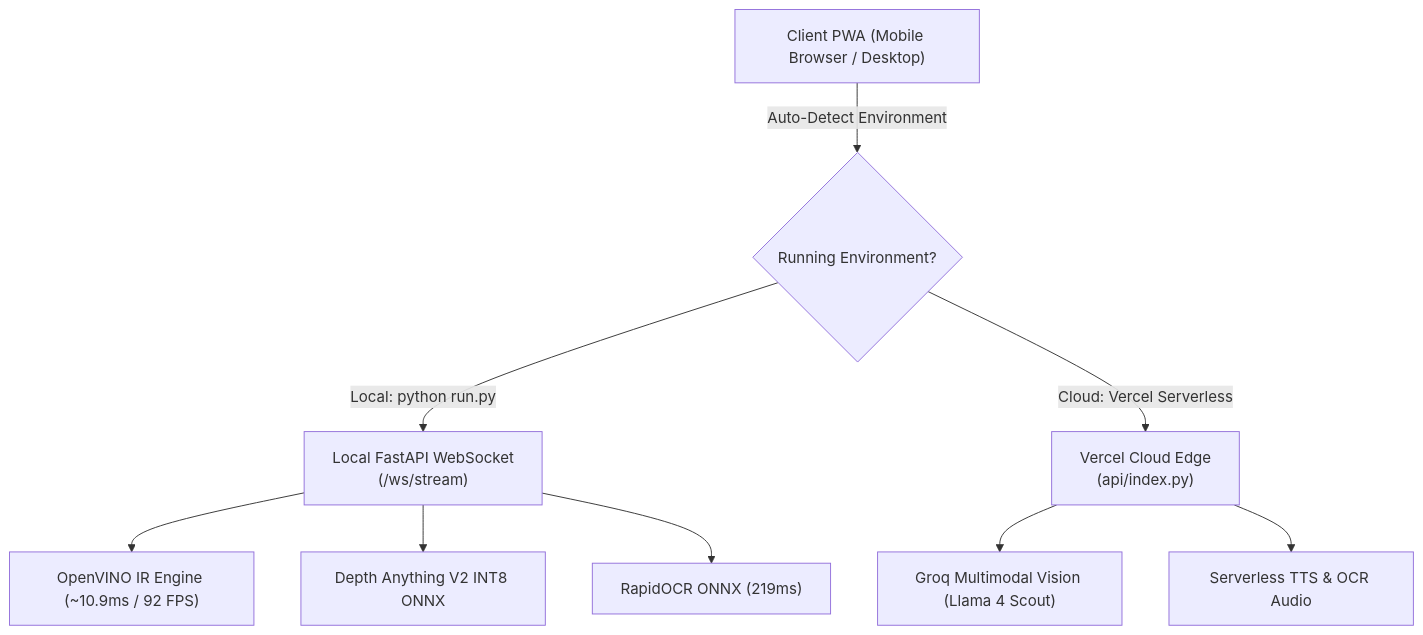
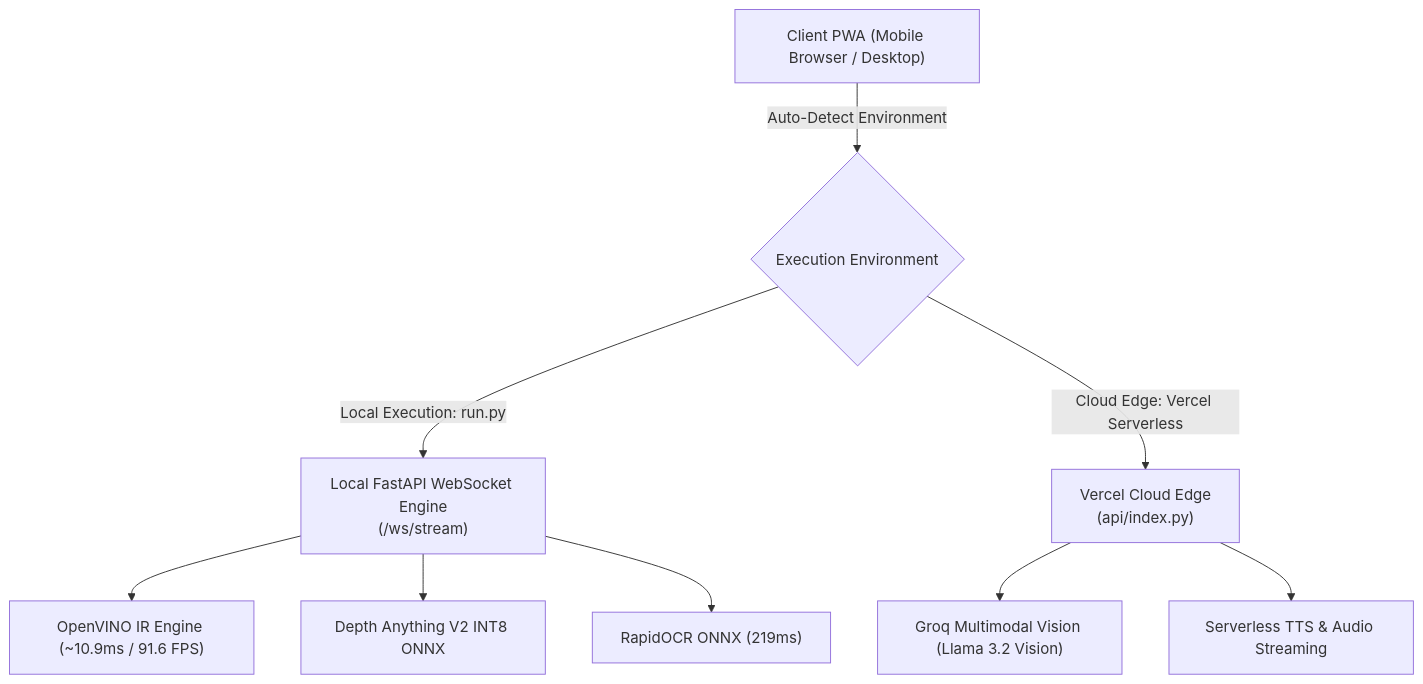
Before and after one commit to ahmadarif238/ai-vision-assistant-fyp: the diagram in README.md, drawn with Mermaid. The commit also changed other lines of this file, not shown here.

````diff
--- a/README.md
+++ b/README.md
@@ -68,15 +85,15 @@
 ```mermaid
 flowchart TD
     Client["Client PWA (Mobile Browser / Desktop)"]
     
-    Client -->|Auto-Detect Environment| Router{"Running Environment?"}
+    Client -->|Auto-Detect Environment| Router{"Execution Environment"}
     
-    Router -->|Local: python run.py| LocalEngine["Local FastAPI WebSocket\n(/ws/stream)"]
-    LocalEngine --> OpenVINO["OpenVINO IR Engine (~10.9ms / 92 FPS)"]
+    Router -->|Local Execution: run.py| LocalEngine["Local FastAPI WebSocket Engine\n(/ws/stream)"]
+    LocalEngine --> OpenVINO["OpenVINO IR Engine (~10.9ms / 91.6 FPS)"]
     LocalEngine --> Depth["Depth Anything V2 INT8 ONNX"]
     LocalEngine --> RapidOCR["RapidOCR ONNX (219ms)"]
     
-    Router -->|Cloud: Vercel Serverless| CloudEngine["Vercel Cloud Edge\n(api/index.py)"]
-    CloudEngine --> GroqVision["Groq Multimodal Vision (Llama 4 Scout)"]
-    CloudEngine --> GroqTTS["Serverless TTS & OCR Audio"]
+    Router -->|Cloud Edge: Vercel Serverless| CloudEngine["Vercel Cloud Edge\n(api/index.py)"]
+    CloudEngine --> GroqVision["Groq Multimodal Vision (Llama 3.2 Vision)"]
+    CloudEngine --> GroqTTS["Serverless TTS & Audio Streaming"]
 ```
````
